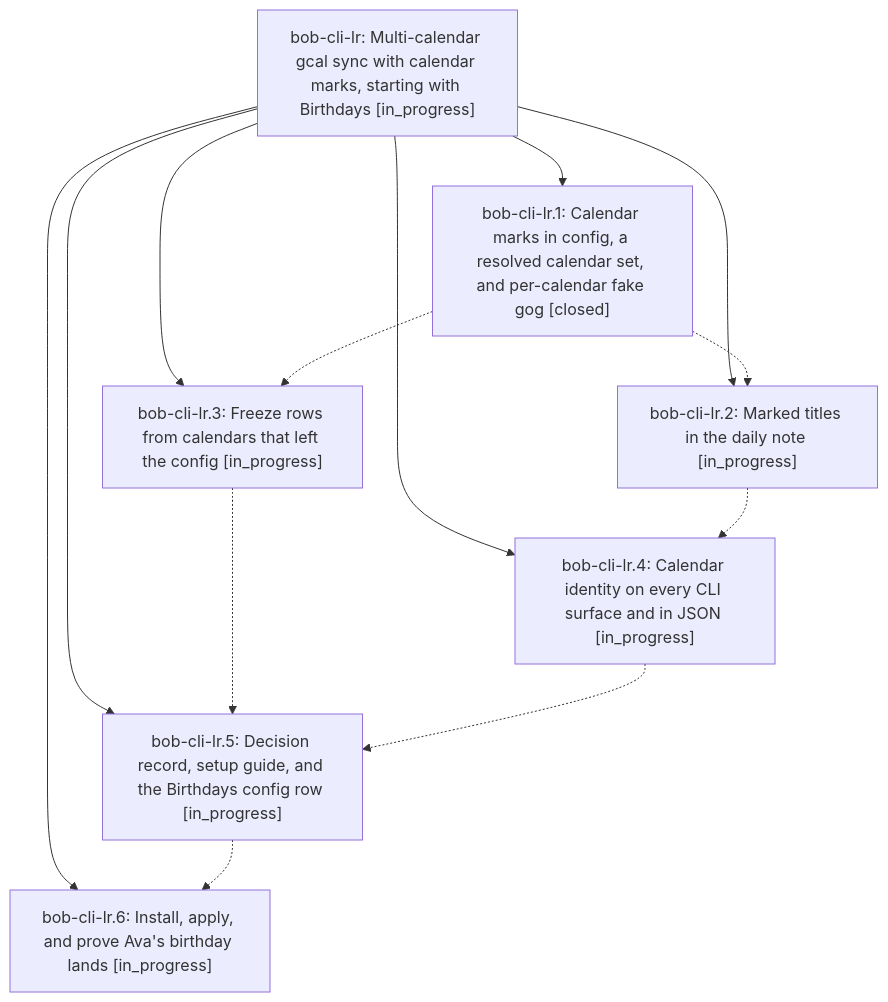
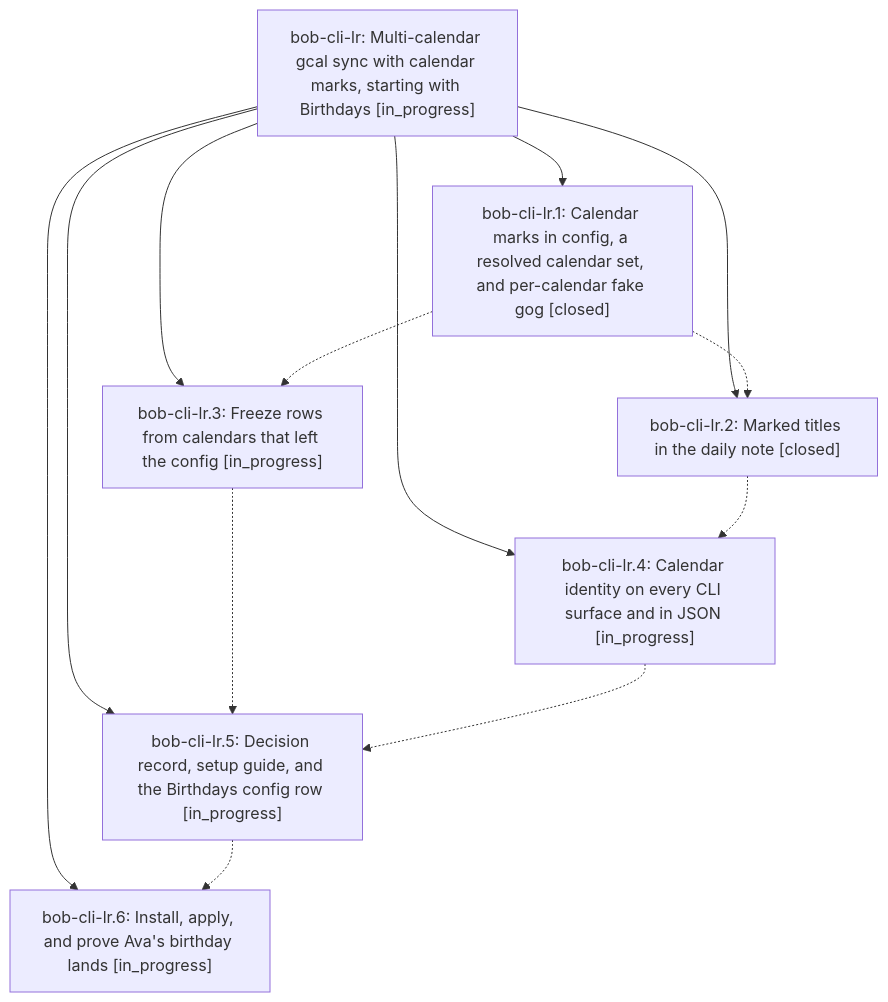
The diagram in pages/bob-cli-lr/README.md (bobs-org/bob-cli--beads), drawn with Mermaid before and after one commit. The commit also changed other lines of this file and 4 other files, not shown here.

First line of the commit message:
chore(beads): sync bead state and pages for bob-cli-lr

````diff
--- a/pages/bob-cli-lr/README.md
+++ b/pages/bob-cli-lr/README.md
@@ -39,22 +39,22 @@
 ```mermaid
 flowchart TD
     n0["bob-cli-lr: Multi-calendar gcal sync with calendar marks, starting with Birthdays [in_progress]"]
     n1["bob-cli-lr.1: Calendar marks in config, a resolved calendar set, and per-calendar fake gog [closed]"]
-    n2["bob-cli-lr.2: Marked titles in the daily note [in_progress]"]
+    n2["bob-cli-lr.2: Marked titles in the daily note [closed]"]
     n3["bob-cli-lr.3: Freeze rows from calendars that left the config [in_progress]"]
     n4["bob-cli-lr.4: Calendar identity on every CLI surface and in JSON [in_progress]"]
     n5["bob-cli-lr.5: Decision record, setup guide, and the Birthdays config row [in_progress]"]
     n6["bob-cli-lr.6: Install, apply, and prove Ava's birthday lands [in_progress]"]
     n0 --> n1
     n0 --> n2
     n0 --> n3
     n0 --> n4
     n0 --> n5
     n0 --> n6
     n1 -.-> n2
     n1 -.-> n3
     n2 -.-> n4
     n3 -.-> n5
     n4 -.-> n5
     n5 -.-> n6
 ```
````
